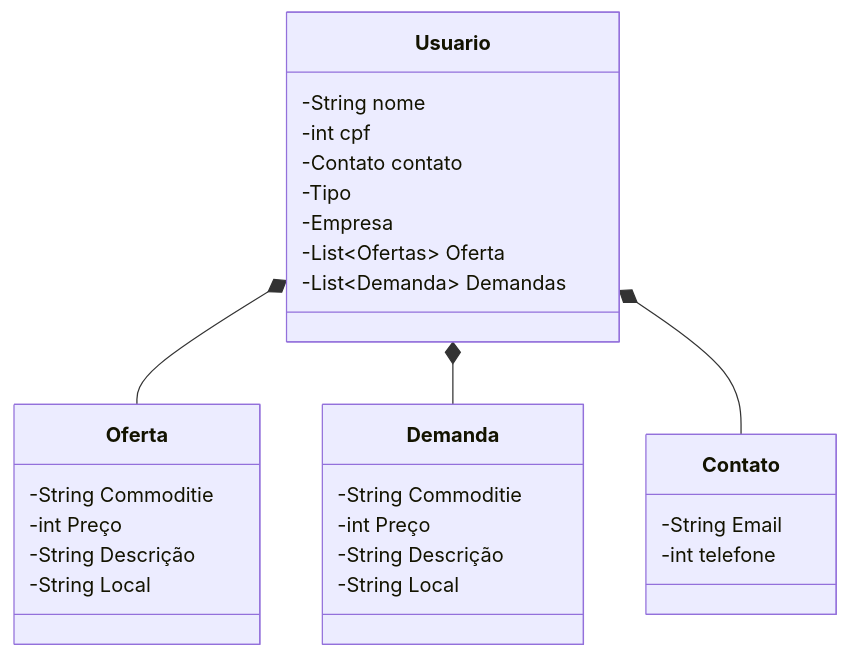
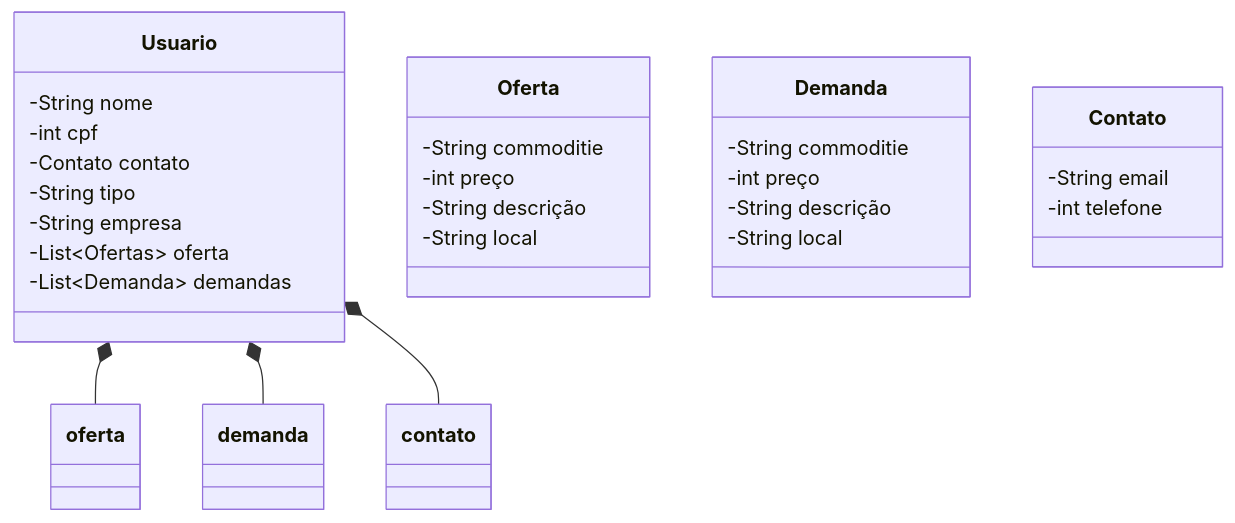
One commit to led-21/grainbroker changed the diagram in README.md. Above: the diagram before and after it, drawn with Mermaid.

````diff
--- a/README.md
+++ b/README.md
@@ -3,23 +3,23 @@
 ```mermaid
 classDiagram
     Usuario : -String nome
     Usuario : -int cpf
     Usuario : -Contato contato
-    Usuario : -Tipo
-    Usuario : -Empresa
-    Usuario : -List~Ofertas~ Oferta
-    Usuario : -List~Demanda~ Demandas
-    Usuario *-- Oferta
-    Usuario *-- Demanda
-    Usuario *-- Contato
-    Oferta : -String Commoditie
-    Oferta : -int Preço
-    Oferta : -String Descrição
-    Oferta : -String Local
-    Demanda : -String Commoditie
-    Demanda : -int Preço
-    Demanda : -String Descrição
-    Demanda : -String Local
-    Contato : -String Email
+    Usuario : -String tipo
+    Usuario : -String empresa
+    Usuario : -List~Ofertas~ oferta
+    Usuario : -List~Demanda~ demandas
+    Usuario *-- oferta
+    Usuario *-- demanda
+    Usuario *-- contato
+    Oferta : -String commoditie
+    Oferta : -int preço
+    Oferta : -String descrição
+    Oferta : -String local
+    Demanda : -String commoditie
+    Demanda : -int preço
+    Demanda : -String descrição
+    Demanda : -String local
+    Contato : -String email
     Contato : -int telefone
 ```
````
